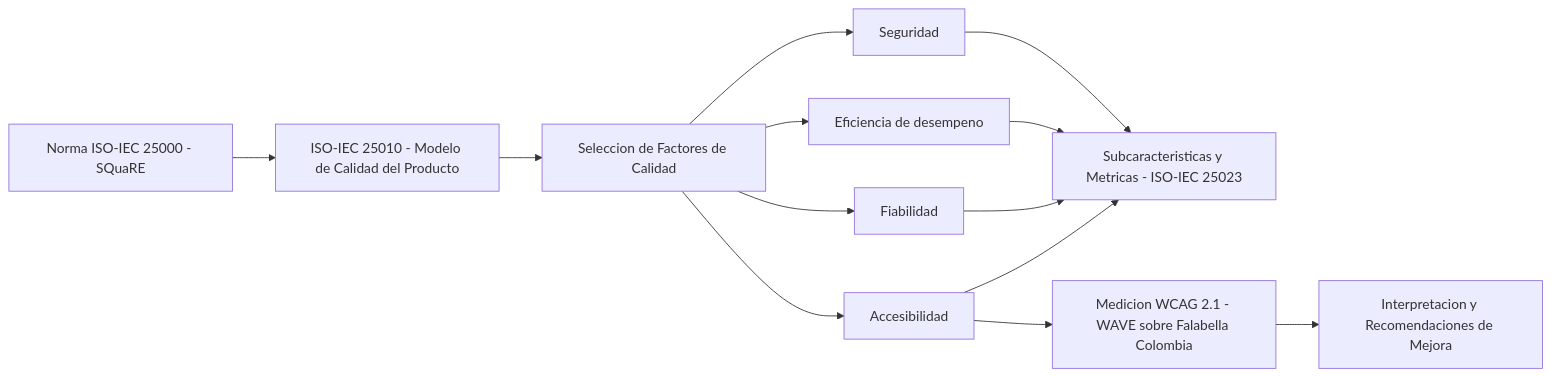
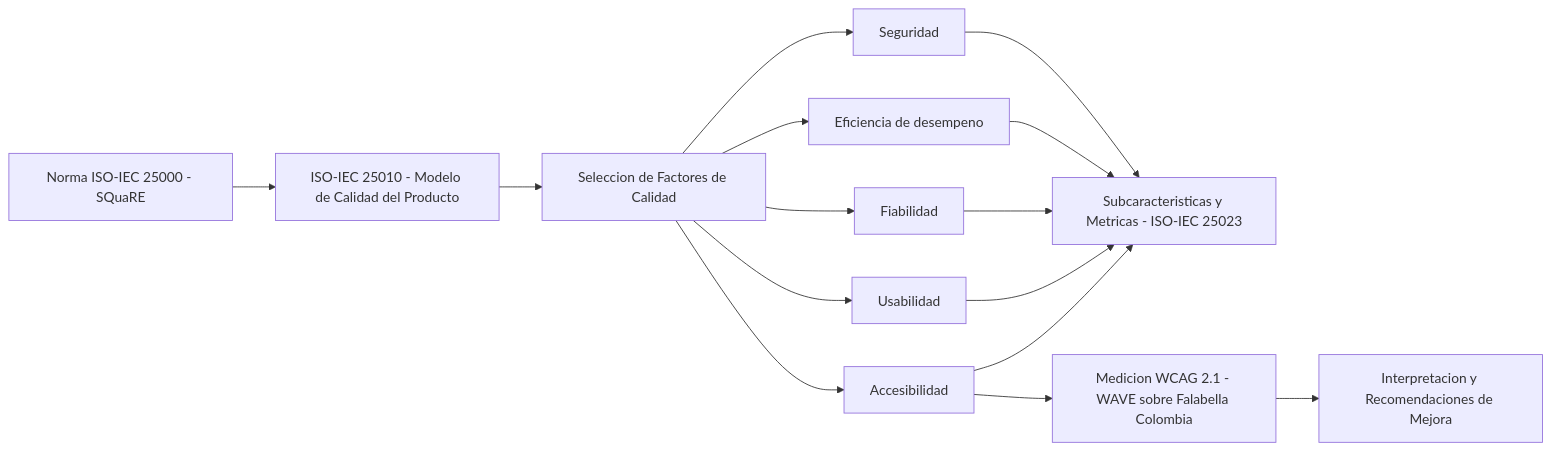
Before and after one commit to AlejoTechEngineer/procesos-ingenieria-software-modelo-calidad: the second of 2 diagrams in README.md, drawn with Mermaid. The commit also changed other lines of this file, not shown here.

````diff
--- a/README.md
+++ b/README.md
@@ -124,12 +125,13 @@
 ```mermaid
 flowchart LR
     A[Norma ISO-IEC 25000 - SQuaRE] --> B[ISO-IEC 25010 - Modelo de Calidad del Producto]
     B --> C[Seleccion de Factores de Calidad]
     C --> D[Seguridad]
     C --> E[Eficiencia de desempeno]
     C --> F[Fiabilidad]
+    C --> U[Usabilidad]
     C --> G[Accesibilidad]
-    D & E & F & G --> H[Subcaracteristicas y Metricas - ISO-IEC 25023]
+    D & E & F & U & G --> H[Subcaracteristicas y Metricas - ISO-IEC 25023]
     G --> I[Medicion WCAG 2.1 - WAVE sobre Falabella Colombia]
     I --> J[Interpretacion y Recomendaciones de Mejora]
 ```
````
